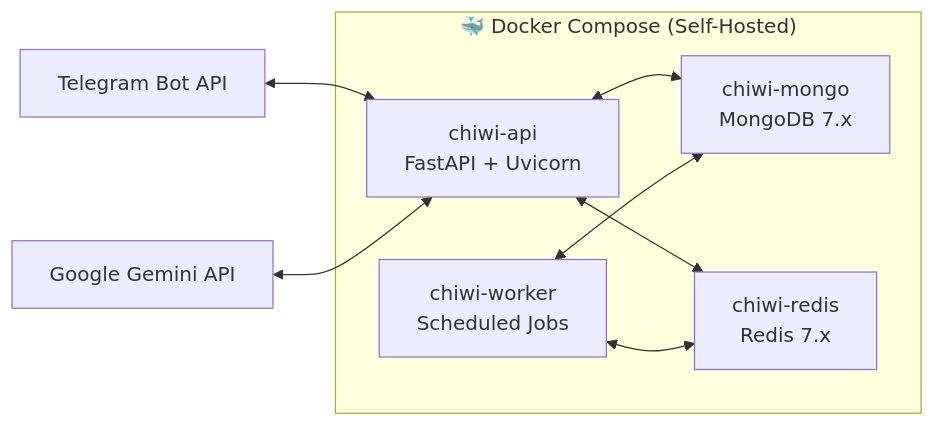
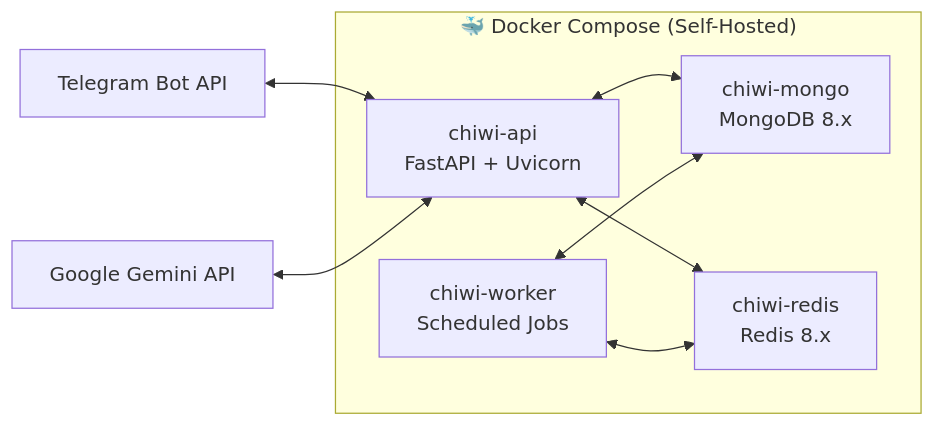
One commit to nqhuy44/chiwi changed the second of 2 diagrams in docs/ARCHITECTURE.md. Above: the diagram before and after it, drawn with Mermaid. The commit also changed 27 other files, not shown here.

````diff
--- a/docs/ARCHITECTURE.md
+++ b/docs/ARCHITECTURE.md
@@ -100,16 +100,16 @@
 ```mermaid
 graph LR
     subgraph Docker Host ["🐳 Docker Compose (Self-Hosted)"]
         APP["chiwi-api<br/>FastAPI + Uvicorn"]
-        MONGO["chiwi-mongo<br/>MongoDB 7.x"]
-        REDIS["chiwi-redis<br/>Redis 7.x"]
+        MONGO["chiwi-mongo<br/>MongoDB 8.x"]
+        REDIS["chiwi-redis<br/>Redis 8.x"]
         WORKER["chiwi-worker<br/>Scheduled Jobs"]
     end
 
     TG["Telegram Bot API"] <--> APP
     APP <--> MONGO
     APP <--> REDIS
     WORKER <--> MONGO
     WORKER <--> REDIS
     GEMINI["Google Gemini API"] <--> APP
 ```
````
